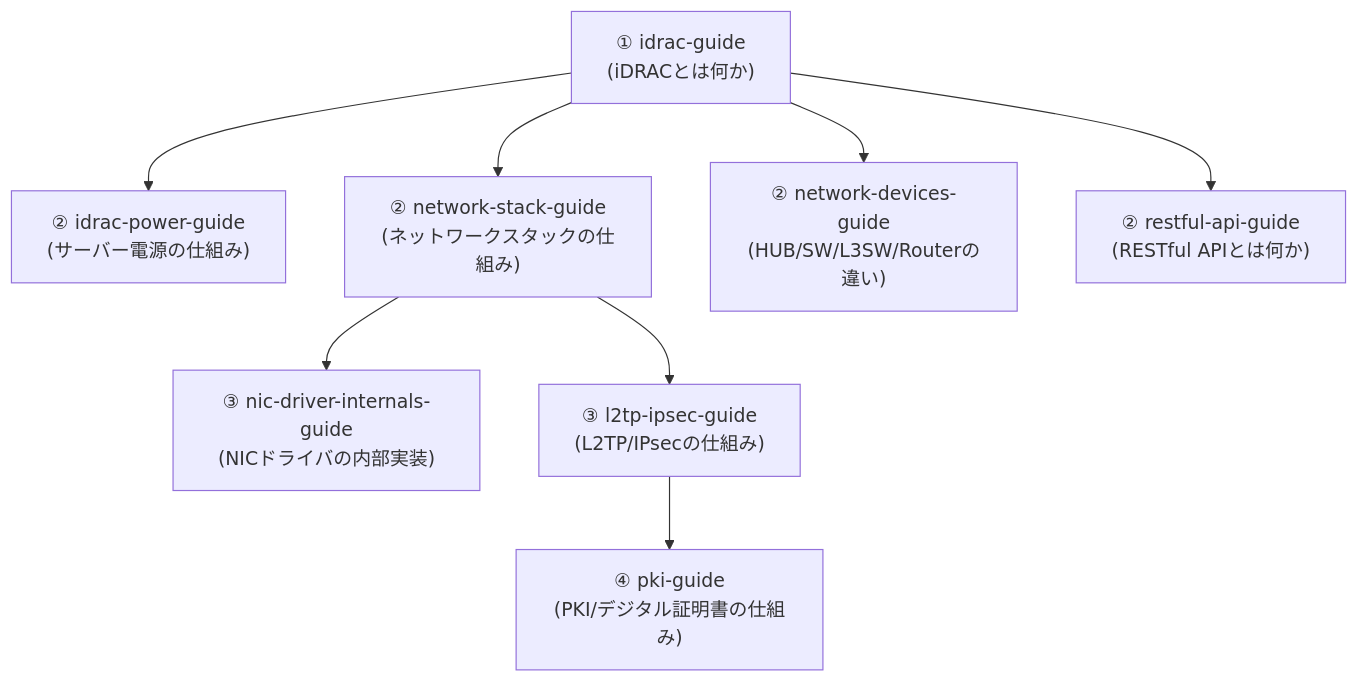
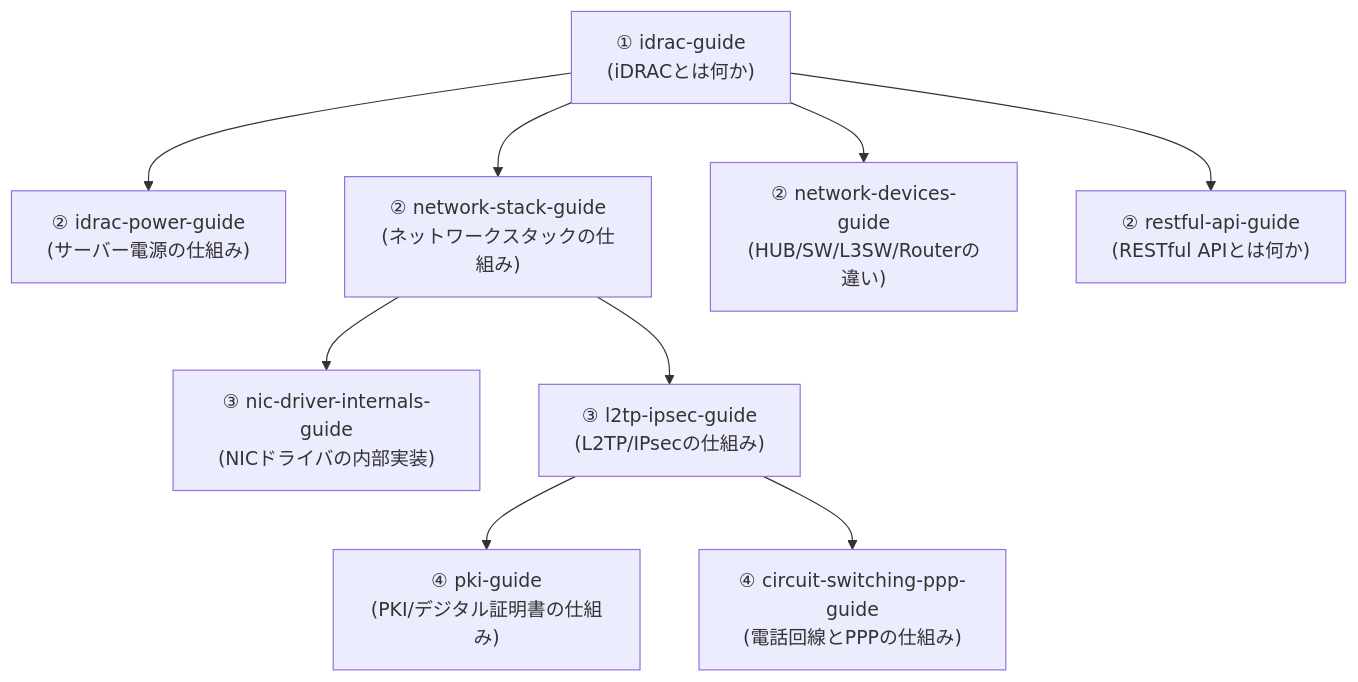
Before and after one commit to koikoi1998/koikoi-blog-20260723: the diagram in src/pages/sitemap.md, drawn with Mermaid. The commit also changed other lines of this file and 3 other files, not shown here.

````diff
--- a/src/pages/sitemap.md
+++ b/src/pages/sitemap.md
@@ -20,19 +20,21 @@
 ```mermaid
 graph TB
     Idrac["① idrac-guide<br/>(iDRACとは何か)"]
     Power["② idrac-power-guide<br/>(サーバー電源の仕組み)"]
     Net["② network-stack-guide<br/>(ネットワークスタックの仕組み)"]
     Devices["② network-devices-guide<br/>(HUB/SW/L3SW/Routerの違い)"]
     Api["② restful-api-guide<br/>(RESTful APIとは何か)"]
     Nic["③ nic-driver-internals-guide<br/>(NICドライバの内部実装)"]
     L2tp["③ l2tp-ipsec-guide<br/>(L2TP/IPsecの仕組み)"]
     Pki["④ pki-guide<br/>(PKI/デジタル証明書の仕組み)"]
+    Circuit["④ circuit-switching-ppp-guide<br/>(電話回線とPPPの仕組み)"]
 
     Idrac --> Power
     Idrac --> Net
     Idrac --> Devices
     Idrac --> Api
     Net --> Nic
     Net --> L2tp
     L2tp --> Pki
+    L2tp --> Circuit
 ```
````
